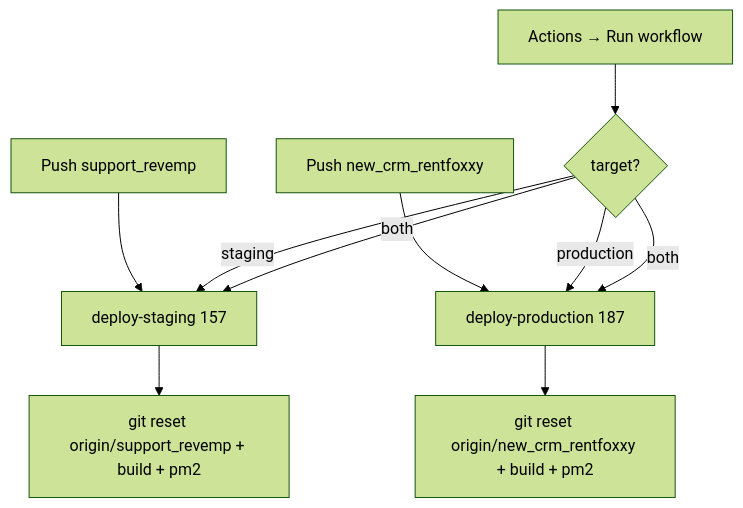
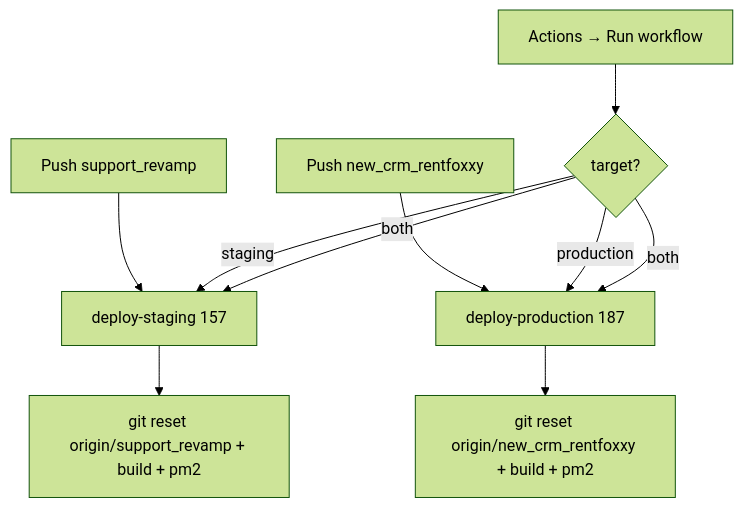
One commit to pankajrentfoxxy/crm_rentfoxxy changed the diagram in deploy/CI_CD_SETUP.md. Above: the diagram before and after it, drawn with Mermaid (forest theme). The commit also changed other lines of this file and 1 other file, not shown here.

Commit message:
updatd staging

````diff
--- a/deploy/CI_CD_SETUP.md
+++ b/deploy/CI_CD_SETUP.md
@@ -34,14 +34,14 @@
 ```mermaid
 flowchart TD
-  A[Push support_revemp] --> B[deploy-staging 157]
-  B --> C[git reset origin/support_revemp + build + pm2]
+  A[Push support_revamp] --> B[deploy-staging 157]
+  B --> C[git reset origin/support_revamp + build + pm2]
 
   D[Push new_crm_rentfoxxy] --> E[deploy-production 187]
   E --> F[git reset origin/new_crm_rentfoxxy + build + pm2]
 
   G[Actions → Run workflow] --> H{target?}
   H -->|staging| B
   H -->|production| E
   H -->|both| B
   H -->|both| E
 ```
````
